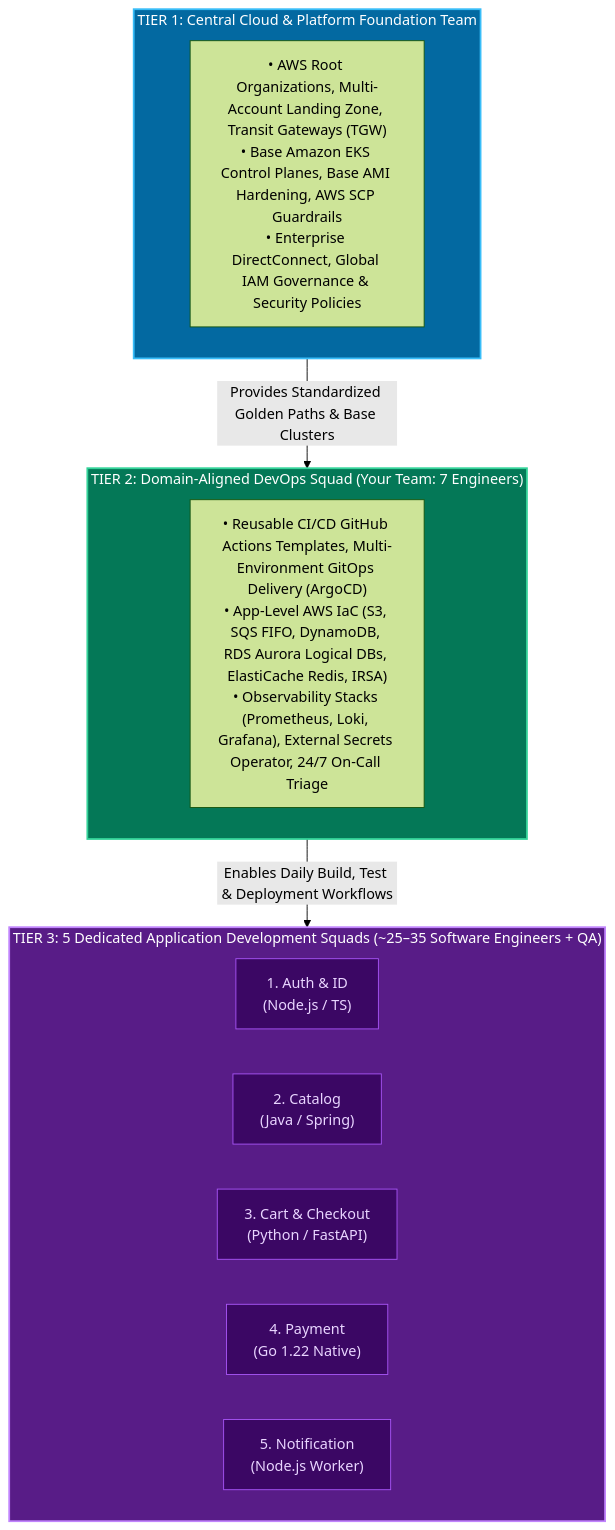
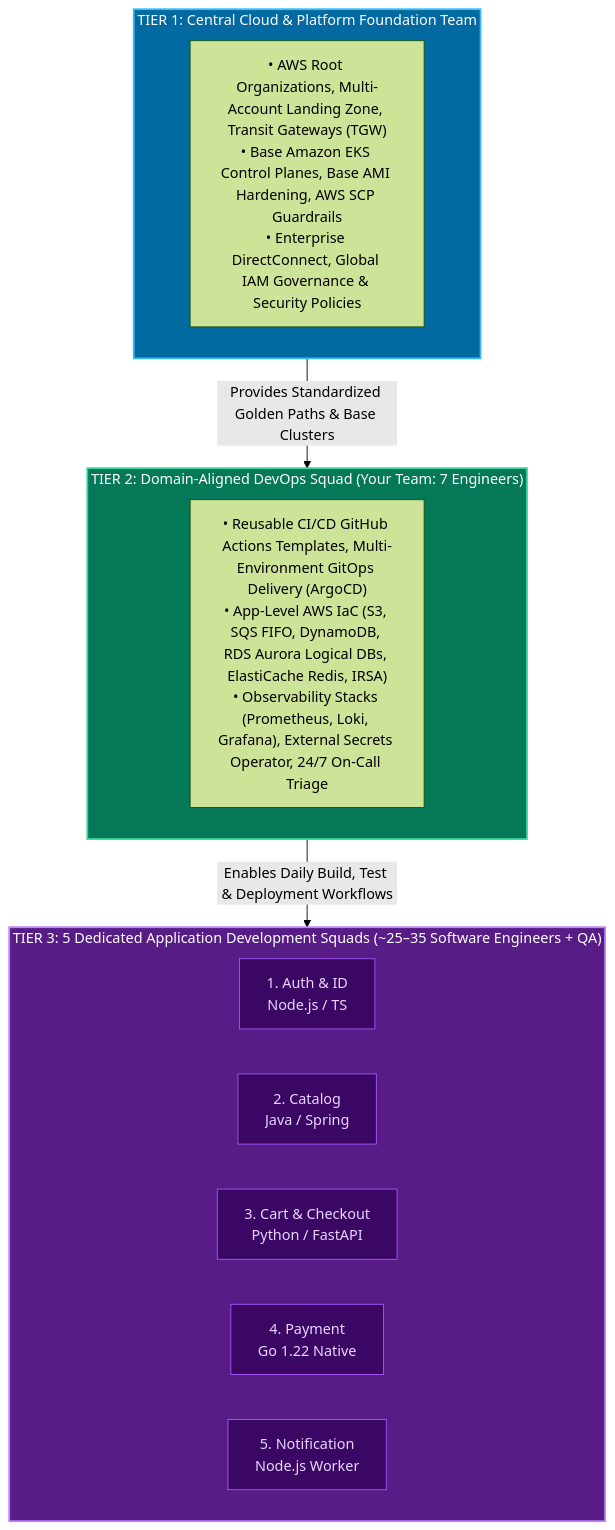
One commit to pvsafwa/devops-course-playbook changed the second of 12 diagrams in DevOps_CI_CD_Master_Engineering_Blueprint.md. Above: the diagram before and after it, drawn with Mermaid (forest theme). The commit also changed other lines of this file, not shown here.

````diff
--- a/DevOps_CI_CD_Master_Engineering_Blueprint.md
+++ b/DevOps_CI_CD_Master_Engineering_Blueprint.md
@@ -129,31 +122,31 @@
 ```mermaid
 flowchart TD
     subgraph Tier1["TIER 1: Central Cloud & Platform Foundation Team"]
         T1_Scope["• AWS Root Organizations, Multi-Account Landing Zone, Transit Gateways (TGW)<br/>• Base Amazon EKS Control Planes, Base AMI Hardening, AWS SCP Guardrails<br/>• Enterprise DirectConnect, Global IAM Governance & Security Policies"]
     end
 
     subgraph Tier2["TIER 2: Domain-Aligned DevOps Squad (Your Team: 7 Engineers)"]
         T2_Scope["• Reusable CI/CD GitHub Actions Templates, Multi-Environment GitOps Delivery (ArgoCD)<br/>• App-Level AWS IaC (S3, SQS FIFO, DynamoDB, RDS Aurora Logical DBs, ElastiCache Redis, IRSA)<br/>• Observability Stacks (Prometheus, Loki, Grafana), External Secrets Operator, 24/7 On-Call Triage"]
     end
 
     subgraph Tier3["TIER 3: 5 Dedicated Application Development Squads (~25–35 Software Engineers + QA)"]
         direction LR
-        S1["1. Auth & ID<br/>(Node.js / TS)"]
-        S2["2. Catalog<br/>(Java / Spring)"]
-        S3["3. Cart & Checkout<br/>(Python / FastAPI)"]
-        S4["4. Payment<br/>(Go 1.22 Native)"]
-        S5["5. Notification<br/>(Node.js Worker)"]
+        S1["1. Auth & ID<br/>Node.js / TS"]
+        S2["2. Catalog<br/>Java / Spring"]
+        S3["3. Cart & Checkout<br/>Python / FastAPI"]
+        S4["4. Payment<br/>Go 1.22 Native"]
+        S5["5. Notification<br/>Node.js Worker"]
     end
 
     Tier1 -->|"Provides Standardized Golden Paths & Base Clusters"| Tier2
     Tier2 -->|"Enables Daily Build, Test & Deployment Workflows"| Tier3
 
     classDef t1 fill:#0369a1,stroke:#38bdf8,stroke-width:2px,color:#ffffff;
     classDef t2 fill:#047857,stroke:#34d399,stroke-width:2px,color:#ffffff;
     classDef t3 fill:#581c87,stroke:#c084fc,stroke-width:2px,color:#ffffff;
     classDef squad fill:#3b0764,stroke:#a855f7,stroke-width:1px,color:#e9d5ff;
     class Tier1 t1;
     class Tier2 t2;
     class Tier3 t3;
     class S1,S2,S3,S4,S5 squad;
 ```
````
